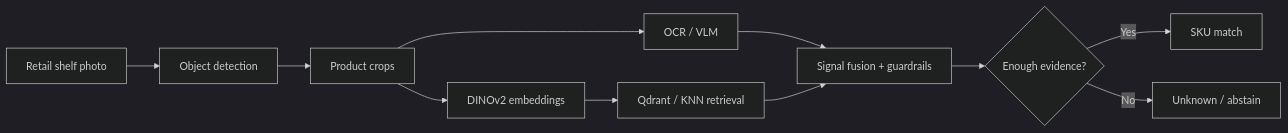
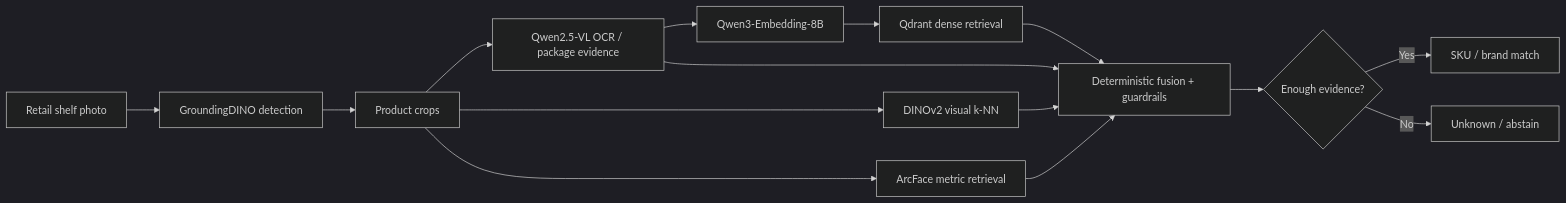
One commit to swd07/swd07 changed the diagram in README.md. Above: the diagram before and after it, drawn with Mermaid (dark theme). The commit also changed other lines of this file, not shown here.

Commit message:
Align profile metrics and architecture with production audit

````diff
--- a/README.md
+++ b/README.md
@@ -87,13 +87,17 @@
 ```mermaid
 flowchart LR
-    A[Retail shelf photo] --> B[Object detection]
+    A[Retail shelf photo] --> B[GroundingDINO detection]
     B --> C[Product crops]
-    C --> D[OCR / VLM]
-    C --> E[DINOv2 embeddings]
-    E --> F[Qdrant / KNN retrieval]
-    D --> G[Signal fusion + guardrails]
-    F --> G
-    G --> H{Enough evidence?}
-    H -->|Yes| I[SKU match]
-    H -->|No| J[Unknown / abstain]
+    C --> D[Qwen2.5-VL OCR / package evidence]
+    D --> E[Qwen3-Embedding-8B]
+    E --> F[Qdrant dense retrieval]
+    C --> G[DINOv2 visual k-NN]
+    C --> H[ArcFace metric retrieval]
+    F --> I[Deterministic fusion + guardrails]
+    G --> I
+    H --> I
+    D --> I
+    I --> J{Enough evidence?}
+    J -->|Yes| K[SKU / brand match]
+    J -->|No| L[Unknown / abstain]
 ```
````
